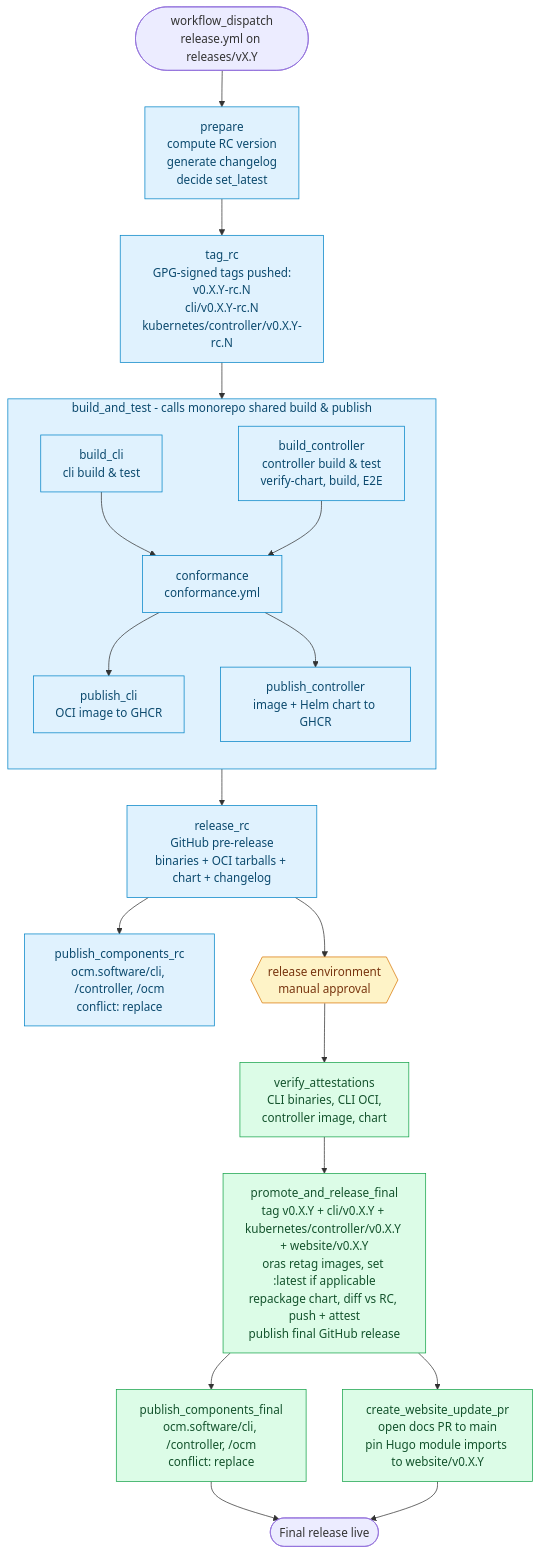
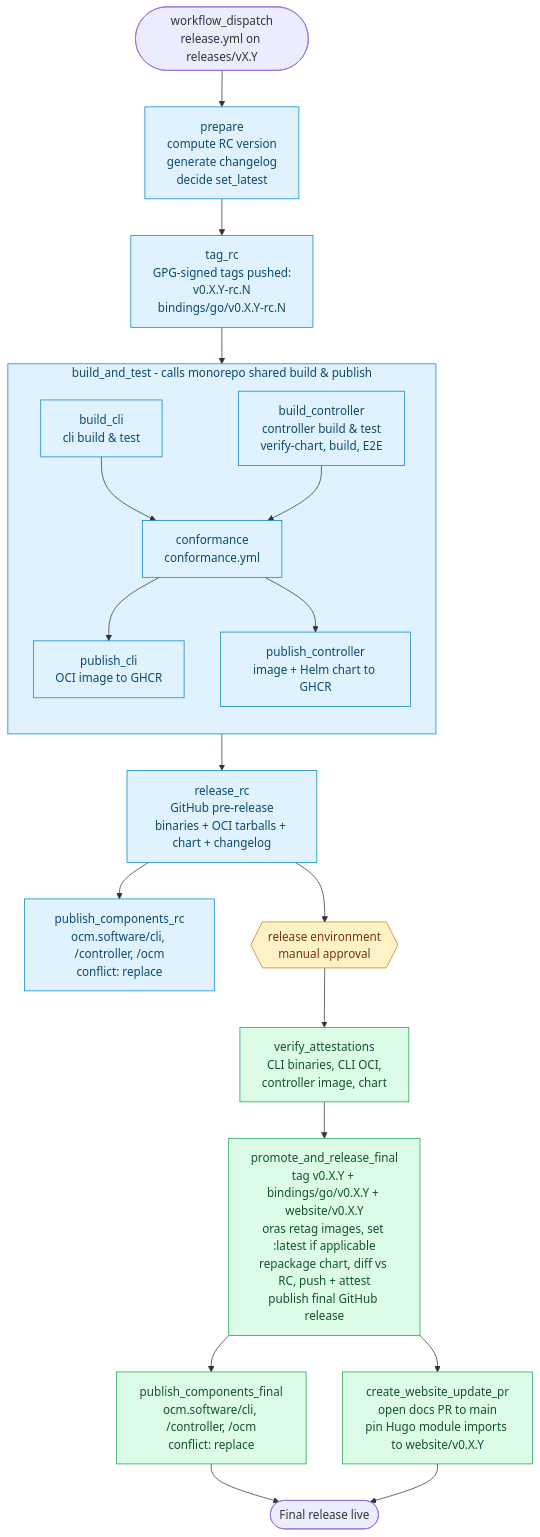
One commit to open-component-model/open-component-model changed the second of 2 diagrams in RELEASE_PROCESS.md. Above: the diagram before and after it, drawn with Mermaid. The commit also changed other lines of this file and 649 other files, not shown here.

Commit message:
chore!: Move CLI & Controller into `bindings/go` (#3522)

````diff
--- a/RELEASE_PROCESS.md
+++ b/RELEASE_PROCESS.md
@@ -58,39 +57,39 @@
 ```mermaid
 flowchart TD
     Start([workflow_dispatch<br/>release.yml on releases/vX.Y])
     Start --> Prepare[prepare<br/>compute RC version<br/>generate changelog<br/>decide set_latest]
-    Prepare --> TagRC[tag_rc<br/>GPG-signed tags pushed:<br/>v0.X.Y-rc.N<br/>cli/v0.X.Y-rc.N<br/>kubernetes/controller/v0.X.Y-rc.N]
+    Prepare --> TagRC[tag_rc<br/>GPG-signed tags pushed:<br/>v0.X.Y-rc.N<br/>bindings/go/v0.X.Y-rc.N]
     TagRC --> Pipeline
 
     subgraph Pipeline["build_and_test - calls monorepo shared build & publish"]
         direction TB
         BuildCLI["build_cli<br/>cli build & test"]
         BuildCtl["build_controller<br/>controller build & test<br/>verify-chart, build, E2E"]
         Conf[conformance<br/>conformance.yml]
         PubCLI[publish_cli<br/>OCI image to GHCR]
         PubCtl[publish_controller<br/>image + Helm chart to GHCR]
 
         BuildCLI --> Conf
         BuildCtl --> Conf
         Conf --> PubCLI
         Conf --> PubCtl
     end
 
     Pipeline --> ReleaseRC[release_rc<br/>GitHub pre-release<br/>binaries + OCI tarballs + chart + changelog]
     ReleaseRC --> PubCompRC[publish_components_rc<br/>ocm.software/cli, /controller, /ocm<br/>conflict: replace]
     ReleaseRC --> Gate{{release environment<br/>manual approval}}
     Gate --> Verify[verify_attestations<br/>CLI binaries, CLI OCI,<br/>controller image, chart]
-    Verify --> Promote[promote_and_release_final<br/>tag v0.X.Y + cli/v0.X.Y + kubernetes/controller/v0.X.Y + website/v0.X.Y<br/>oras retag images, set :latest if applicable<br/>repackage chart, diff vs RC, push + attest<br/>publish final GitHub release]
+    Verify --> Promote[promote_and_release_final<br/>tag v0.X.Y + bindings/go/v0.X.Y + website/v0.X.Y<br/>oras retag images, set :latest if applicable<br/>repackage chart, diff vs RC, push + attest<br/>publish final GitHub release]
     Promote --> PubCompFinal[publish_components_final<br/>ocm.software/cli, /controller, /ocm<br/>conflict: replace]
     Promote --> WebsiteDocs[create_website_update_pr<br/>open docs PR to main<br/>pin Hugo module imports to website/v0.X.Y]
     PubCompFinal --> End([Final release live])
     WebsiteDocs --> End
 
     classDef rc fill:#e0f2fe,stroke:#0284c7,color:#0c4a6e
     classDef final fill:#dcfce7,stroke:#16a34a,color:#14532d
     classDef gate fill:#fef3c7,stroke:#d97706,color:#78350f
 
     class Prepare,TagRC,Pipeline,ReleaseRC,PubCompRC,BuildCLI,BuildCtl,Conf,PubCLI,PubCtl rc
     class Verify,Promote,PubCompFinal,WebsiteDocs final
     class Gate gate
 ```
````
